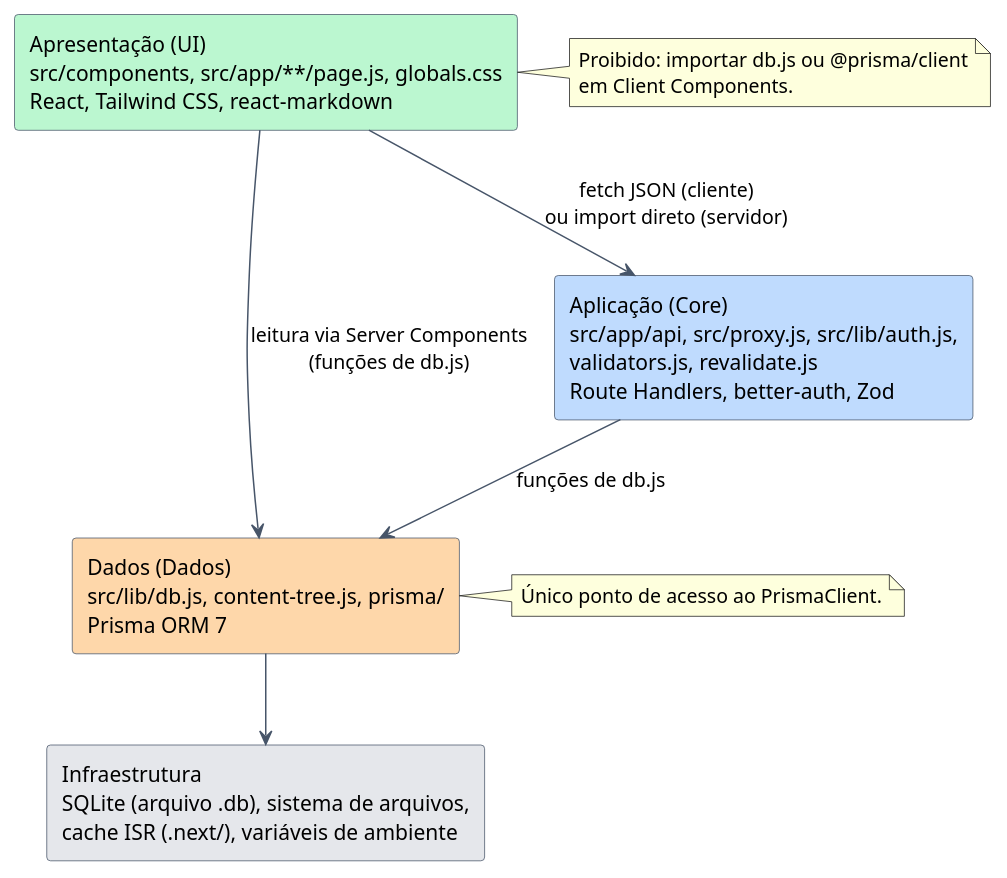
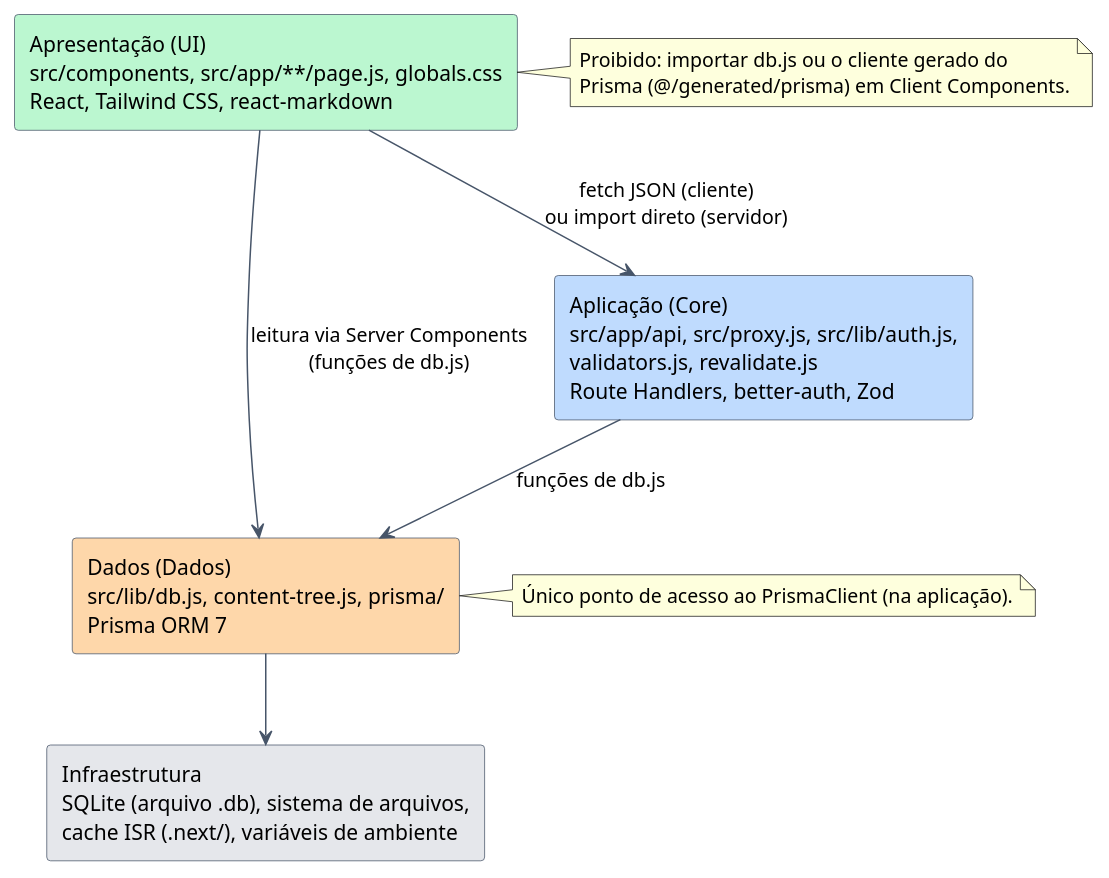
Before and after one commit to fromcaio/vitrine: the diagram in doc/diagrams/src/arq-camadas.puml, drawn with PlantUML. The commit also changed 29 other files, not shown here.

```diff
--- a/doc/diagrams/src/arq-camadas.puml
+++ b/doc/diagrams/src/arq-camadas.puml
@@ -1,30 +1,30 @@
 @startuml arq-camadas
 ' ===========================================================================
 ' Vitrine - Arquitetura em camadas e sentido permitido das dependências
 ' Figura: fig:arq-camadas (doc/tex/capitulos/cap5_arquitetura.tex)
 ' ===========================================================================
 skinparam shadowing false
 skinparam defaultFontName Arial
 skinparam ArrowColor #475569
 skinparam rectangle {
   BorderColor #475569
 }
 
 rectangle "Apresentação (UI)\nsrc/components, src/app/**/page.js, globals.css\nReact, Tailwind CSS, react-markdown" as L1 #BBF7D0
 rectangle "Aplicação (Core)\nsrc/app/api, src/proxy.js, src/lib/auth.js,\nvalidators.js, revalidate.js\nRoute Handlers, better-auth, Zod" as L2 #BFDBFE
 rectangle "Dados (Dados)\nsrc/lib/db.js, content-tree.js, prisma/\nPrisma ORM 7" as L3 #FED7AA
 rectangle "Infraestrutura\nSQLite (arquivo .db), sistema de arquivos,\ncache ISR (.next/), variáveis de ambiente" as L4 #E5E7EB
 
 L1 --> L2 : fetch JSON (cliente)\nou import direto (servidor)
 L1 --> L3 : leitura via Server Components\n(funções de db.js)
 L2 --> L3 : funções de db.js
 L3 --> L4
 
 note right of L1
-  Proibido: importar db.js ou @prisma/client
-  em Client Components.
+  Proibido: importar db.js ou o cliente gerado do
+  Prisma (@/generated/prisma) em Client Components.
 end note
 note right of L3
-  Único ponto de acesso ao PrismaClient.
+  Único ponto de acesso ao PrismaClient (na aplicação).
 end note
 @enduml
```
